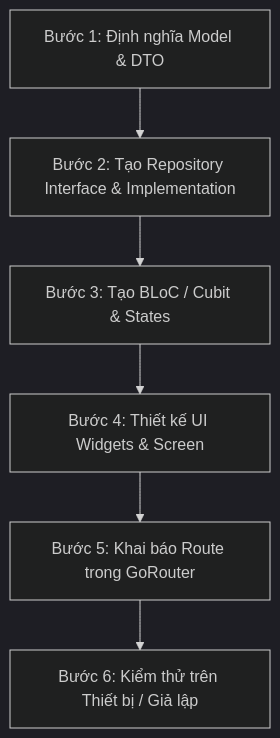
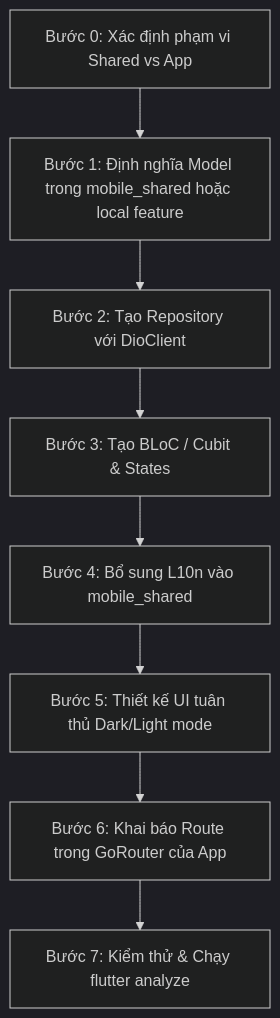
The diagram in mobile_architecture/feature-development/README.md (thanhdat050625/LTDDNC), drawn with Mermaid (dark theme) before and after one commit. The commit also changed other lines of this file and 440 other files, not shown here.

First line of the commit message:
feat(mobile): refactor mobile into 4-package monorepo (shared, client, staff, admin)

````diff
--- a/mobile_architecture/feature-development/README.md
+++ b/mobile_architecture/feature-development/README.md
@@ -9,8 +20,10 @@
 ```mermaid
 graph TD
-    B1[Bước 1: Định nghĩa Model & DTO] --> B2[Bước 2: Tạo Repository Interface & Implementation]
+    B0[Bước 0: Xác định phạm vi Shared vs App] --> B1[Bước 1: Định nghĩa Model trong mobile_shared hoặc local feature]
+    B1 --> B2[Bước 2: Tạo Repository với DioClient]
     B2 --> B3[Bước 3: Tạo BLoC / Cubit & States]
-    B3 --> B4[Bước 4: Thiết kế UI Widgets & Screen]
-    B4 --> B5[Bước 5: Khai báo Route trong GoRouter]
-    B5 --> B6[Bước 6: Kiểm thử trên Thiết bị / Giả lập]
+    B3 --> B4[Bước 4: Bổ sung L10n vào mobile_shared]
+    B4 --> B5[Bước 5: Thiết kế UI tuân thủ Dark/Light mode]
+    B5 --> B6[Bước 6: Khai báo Route trong GoRouter của App]
+    B6 --> B7[Bước 7: Kiểm thử & Chạy flutter analyze]
 ```
````
